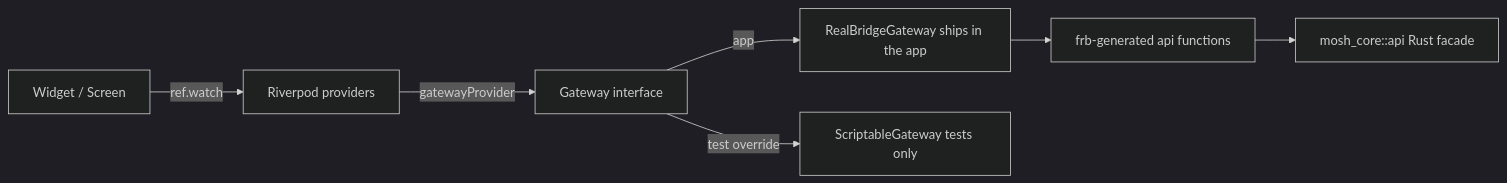
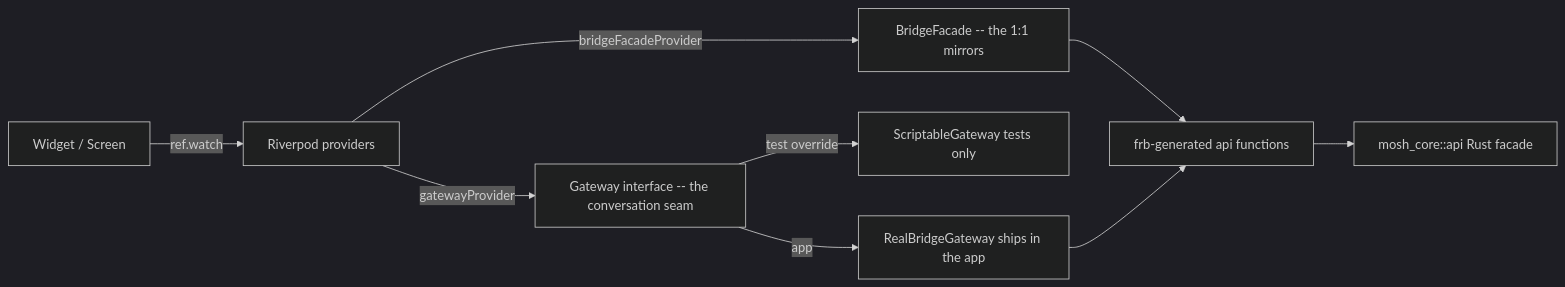
One commit to redstone-md/mosh-flutter changed the third of 11 diagrams in docs/Architecture.md. Above: the diagram before and after it, drawn with Mermaid (dark theme). The commit also changed other lines of this file and 62 other files, not shown here.

````diff
--- a/docs/Architecture.md
+++ b/docs/Architecture.md
@@ -71,17 +74,20 @@
 ```mermaid
 flowchart LR
     Widget[Widget / Screen]
     Providers[Riverpod providers]
-    GW[Gateway interface]
+    GW[Gateway interface -- the conversation seam]
     Real[RealBridgeGateway ships in the app]
     Fake[ScriptableGateway tests only]
+    BF[BridgeFacade -- the 1:1 mirrors]
     Frb[frb-generated api functions]
     Core[mosh_core::api Rust facade]
 
     Widget -->|ref.watch| Providers
     Providers -->|gatewayProvider| GW
+    Providers -->|bridgeFacadeProvider| BF
     GW -->|app| Real
     GW -->|"test override"| Fake
+    BF --> Frb
     Real --> Frb
     Frb --> Core
 ```
````
